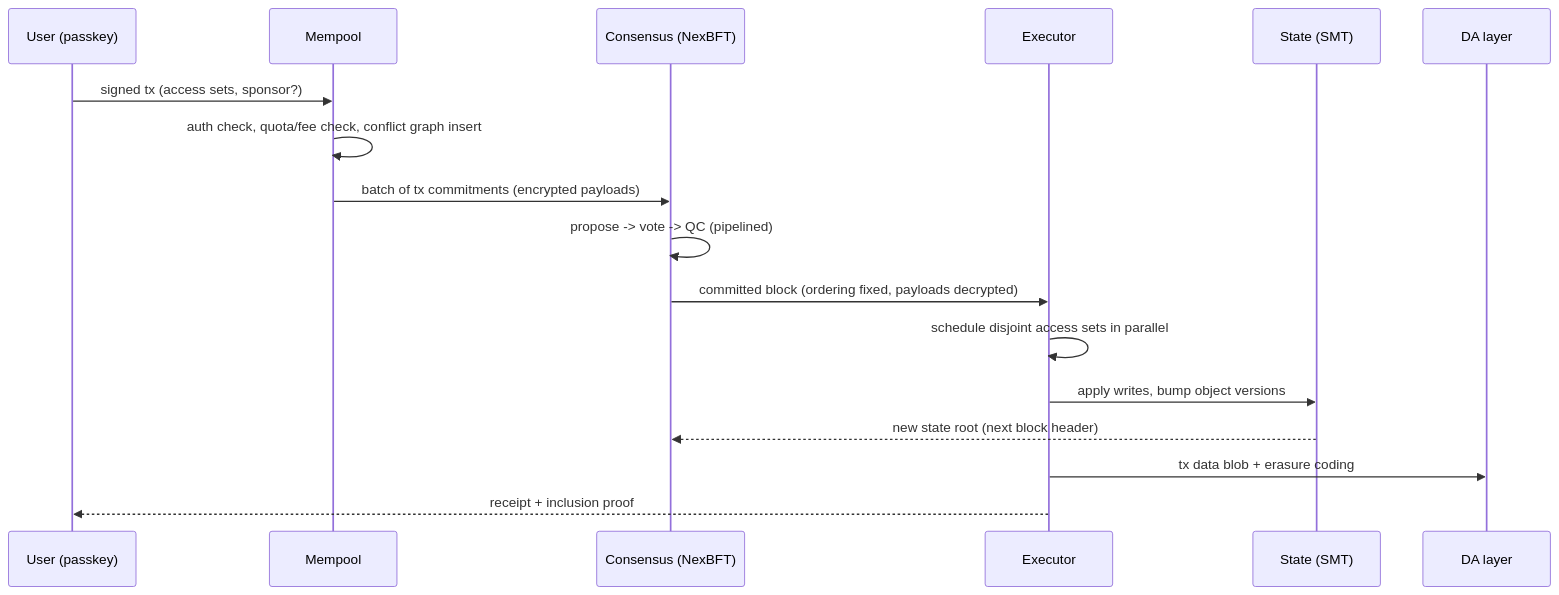
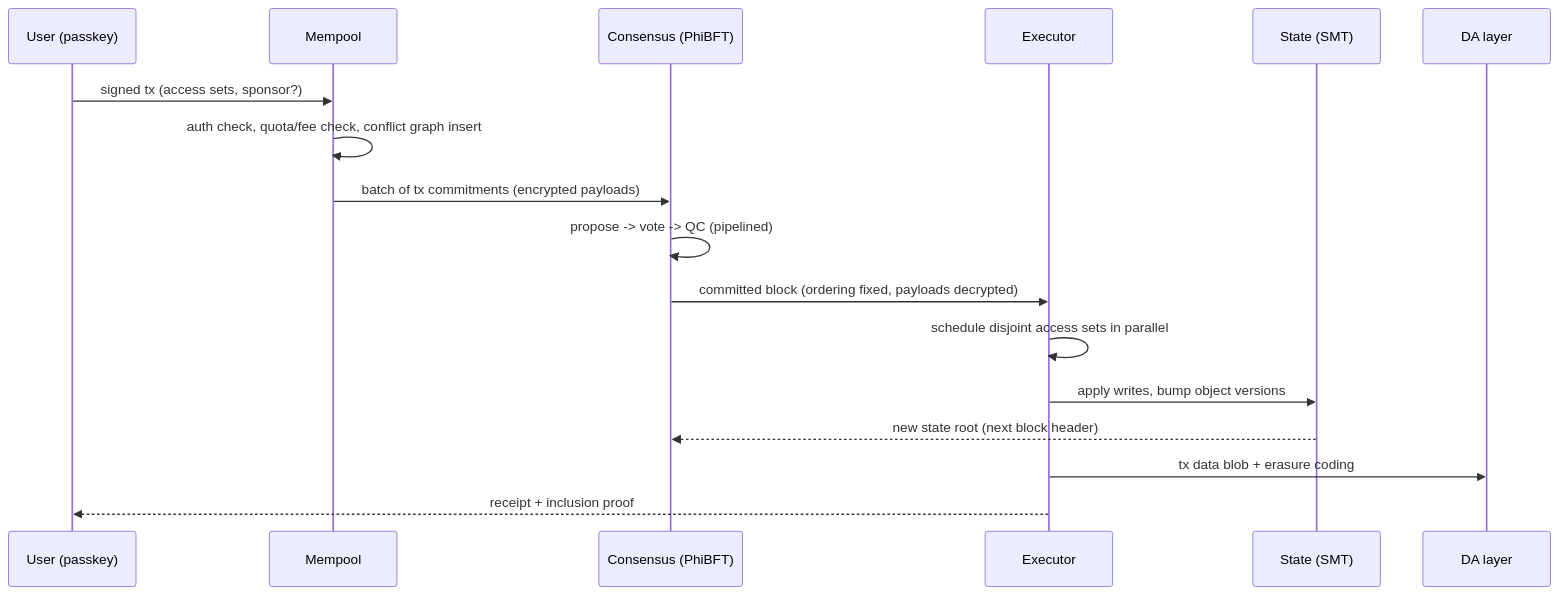
Before and after one commit to cosmic-hydra/phi: the first of 2 diagrams in docs/ARCHITECTURE.md, drawn with Mermaid. The commit also changed other lines of this file and 47 other files, not shown here.

````diff
--- a/docs/ARCHITECTURE.md
+++ b/docs/ARCHITECTURE.md
@@ -69,20 +74,20 @@
 ```mermaid
 sequenceDiagram
     participant U as User (passkey)
     participant M as Mempool
-    participant C as Consensus (NexBFT)
+    participant C as Consensus (PhiBFT)
     participant E as Executor
     participant S as State (SMT)
     participant D as DA layer
 
     U->>M: signed tx (access sets, sponsor?)
     M->>M: auth check, quota/fee check, conflict graph insert
     M->>C: batch of tx commitments (encrypted payloads)
     C->>C: propose -> vote -> QC (pipelined)
     C->>E: committed block (ordering fixed, payloads decrypted)
     E->>E: schedule disjoint access sets in parallel
     E->>S: apply writes, bump object versions
     S-->>C: new state root (next block header)
     E->>D: tx data blob + erasure coding
     E-->>U: receipt + inclusion proof
 ```
````
